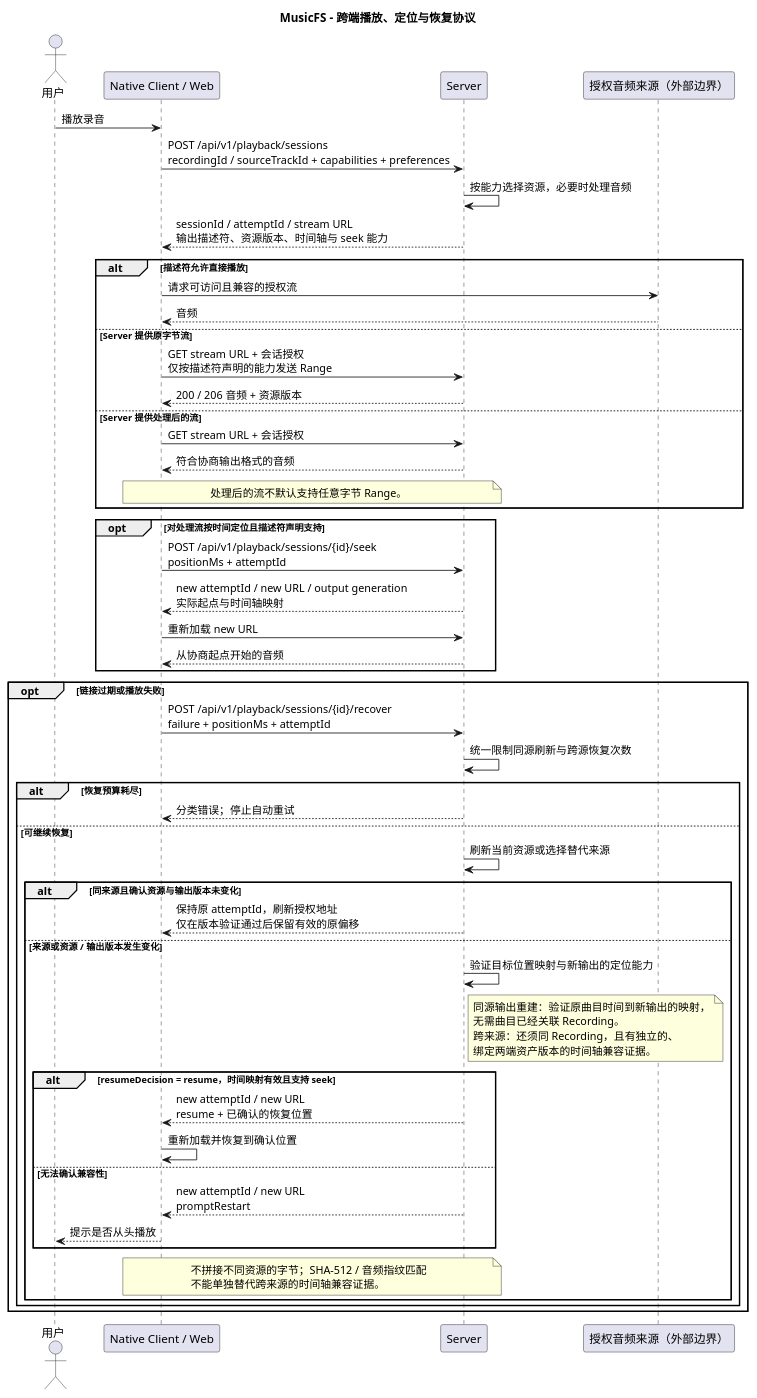
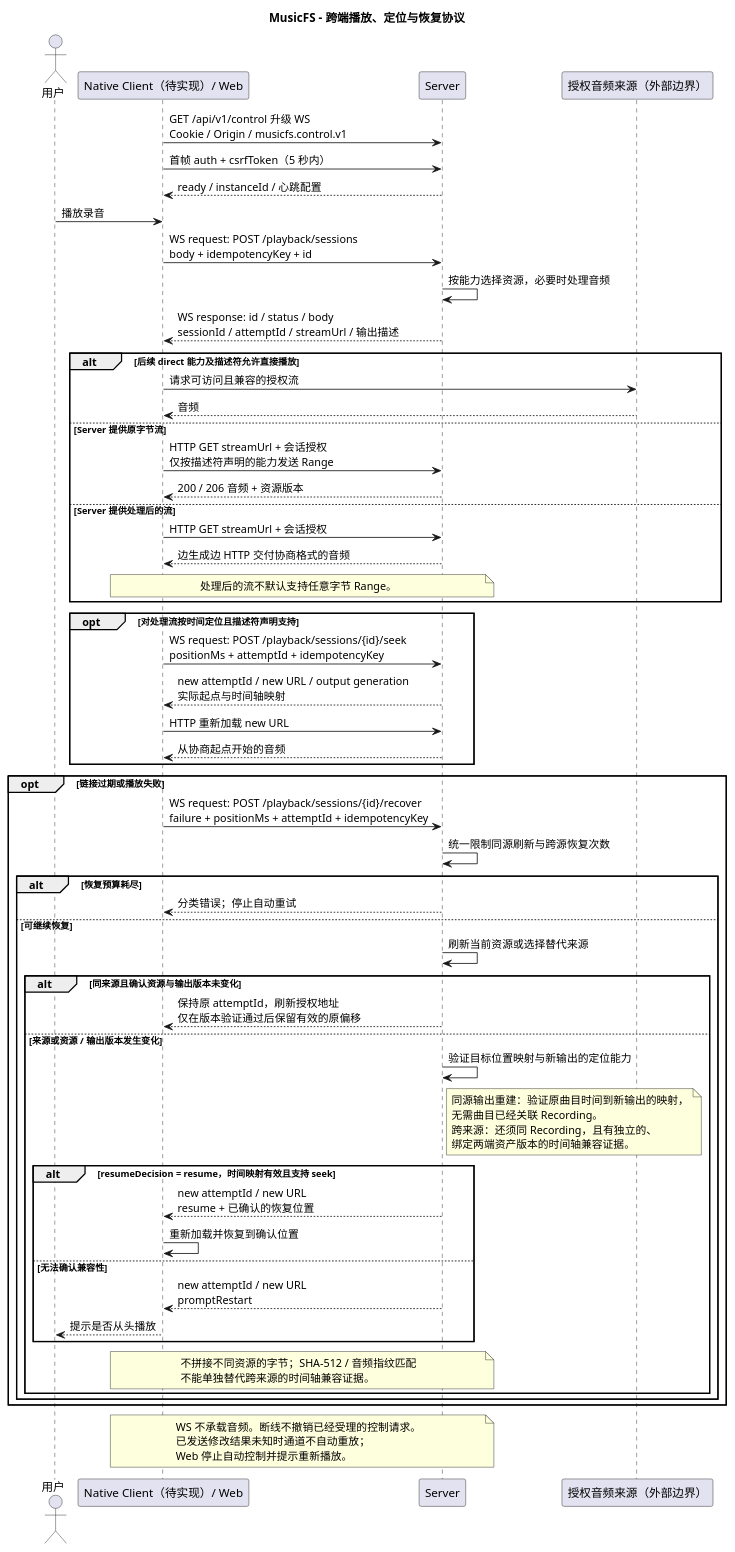
Before and after one commit to fnMrRice/MusicFS: the diagram in docs/diagrams/playback.puml, drawn with PlantUML. The commit also changed 5 other files, not shown here.

Commit message:
feat(control): 同步 WebSocket 控制架构与子模块版本

```diff
--- a/docs/diagrams/playback.puml
+++ b/docs/diagrams/playback.puml
@@ -1,65 +1,73 @@
 @startuml
 title MusicFS - 跨端播放、定位与恢复协议
 actor "用户" as User
-participant "Native Client / Web" as Client
+participant "Native Client（待实现）/ Web" as Client
 participant "Server" as Server
 participant "授权音频来源（外部边界）" as Source
 
+Client -> Server : GET /api/v1/control 升级 WS\nCookie / Origin / musicfs.control.v1
+Client -> Server : 首帧 auth + csrfToken（5 秒内）
+Server --> Client : ready / instanceId / 心跳配置
 User -> Client : 播放录音
-Client -> Server : POST /api/v1/playback/sessions\nrecordingId / sourceTrackId + capabilities + preferences
+Client -> Server : WS request: POST /playback/sessions\nbody + idempotencyKey + id
 Server -> Server : 按能力选择资源，必要时处理音频
-Server --> Client : sessionId / attemptId / stream URL\n输出描述符、资源版本、时间轴与 seek 能力
+Server --> Client : WS response: id / status / body\nsessionId / attemptId / streamUrl / 输出描述
 
-alt 描述符允许直接播放
+alt 后续 direct 能力及描述符允许直接播放
   Client -> Source : 请求可访问且兼容的授权流
   Source --> Client : 音频
 else Server 提供原字节流
-  Client -> Server : GET stream URL + 会话授权\n仅按描述符声明的能力发送 Range
+  Client -> Server : HTTP GET streamUrl + 会话授权\n仅按描述符声明的能力发送 Range
   Server --> Client : 200 / 206 音频 + 资源版本
 else Server 提供处理后的流
-  Client -> Server : GET stream URL + 会话授权
-  Server --> Client : 符合协商输出格式的音频
+  Client -> Server : HTTP GET streamUrl + 会话授权
+  Server --> Client : 边生成边 HTTP 交付协商格式的音频
   note over Client, Server
     处理后的流不默认支持任意字节 Range。
   end note
 end
 
 opt 对处理流按时间定位且描述符声明支持
-  Client -> Server : POST /api/v1/playback/sessions/{id}/seek\npositionMs + attemptId
+  Client -> Server : WS request: POST /playback/sessions/{id}/seek\npositionMs + attemptId + idempotencyKey
   Server --> Client : new attemptId / new URL / output generation\n实际起点与时间轴映射
-  Client -> Server : 重新加载 new URL
+  Client -> Server : HTTP 重新加载 new URL
   Server --> Client : 从协商起点开始的音频
 end
 
 opt 链接过期或播放失败
-  Client -> Server : POST /api/v1/playback/sessions/{id}/recover\nfailure + positionMs + attemptId
+  Client -> Server : WS request: POST /playback/sessions/{id}/recover\nfailure + positionMs + attemptId + idempotencyKey
   Server -> Server : 统一限制同源刷新与跨源恢复次数
   alt 恢复预算耗尽
     Server --> Client : 分类错误；停止自动重试
   else 可继续恢复
     Server -> Server : 刷新当前资源或选择替代来源
     alt 同来源且确认资源与输出版本未变化
       Server --> Client : 保持原 attemptId，刷新授权地址\n仅在版本验证通过后保留有效的原偏移
     else 来源或资源 / 输出版本发生变化
       Server -> Server : 验证目标位置映射与新输出的定位能力
       note right of Server
         同源输出重建：验证原曲目时间到新输出的映射，
         无需曲目已经关联 Recording。
         跨来源：还须同 Recording，且有独立的、
         绑定两端资产版本的时间轴兼容证据。
       end note
       alt resumeDecision = resume，时间映射有效且支持 seek
         Server --> Client : new attemptId / new URL\nresume + 已确认的恢复位置
         Client -> Client : 重新加载并恢复到确认位置
       else 无法确认兼容性
         Server --> Client : new attemptId / new URL\npromptRestart
         Client --> User : 提示是否从头播放
       end
       note over Client, Server
         不拼接不同资源的字节；SHA-512 / 音频指纹匹配
         不能单独替代跨来源的时间轴兼容证据。
       end note
     end
   end
 end
+note over Client, Server
+  WS 不承载音频。断线不撤销已经受理的控制请求。
+  已发送修改结果未知时通道不自动重放；
+  Web 停止自动控制并提示重新播放。
+end note
 @enduml
```
